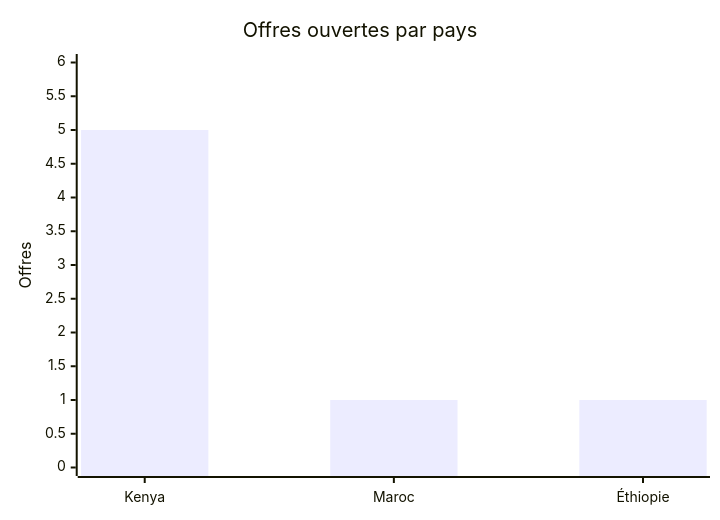
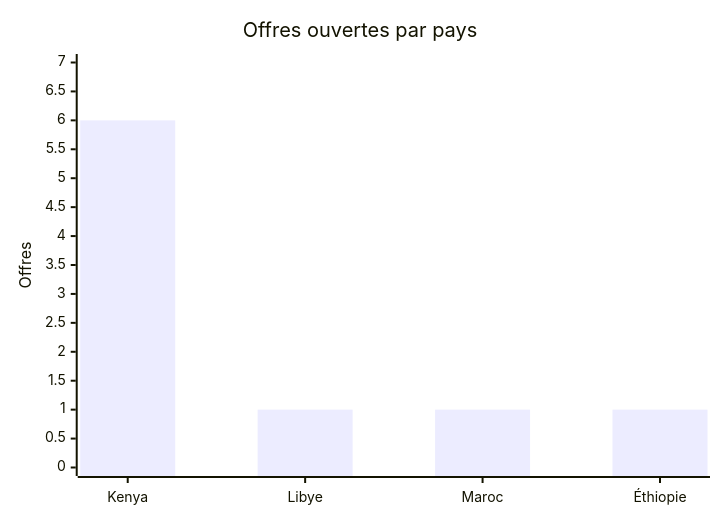
Before and after one commit to Abusooma/offres-tech-africa: the first of 3 diagrams in README.md, drawn with Mermaid. The commit also changed other lines of this file and 2 other files, not shown here.

Commit message:
data: 2 nouvelles offres tech le 2026-11-23 (PNUE, United Nations Support Mission in Libya)

````diff
--- a/README.md
+++ b/README.md
@@ -63,7 +77,7 @@
 ```mermaid
 xychart-beta
     title "Offres ouvertes par pays"
-    x-axis ["Kenya", "Maroc", "Éthiopie"]
-    y-axis "Offres" 0 --> 6
-    bar [5, 1, 1]
+    x-axis ["Kenya", "Libye", "Maroc", "Éthiopie"]
+    y-axis "Offres" 0 --> 7
+    bar [6, 1, 1, 1]
 ```
````
